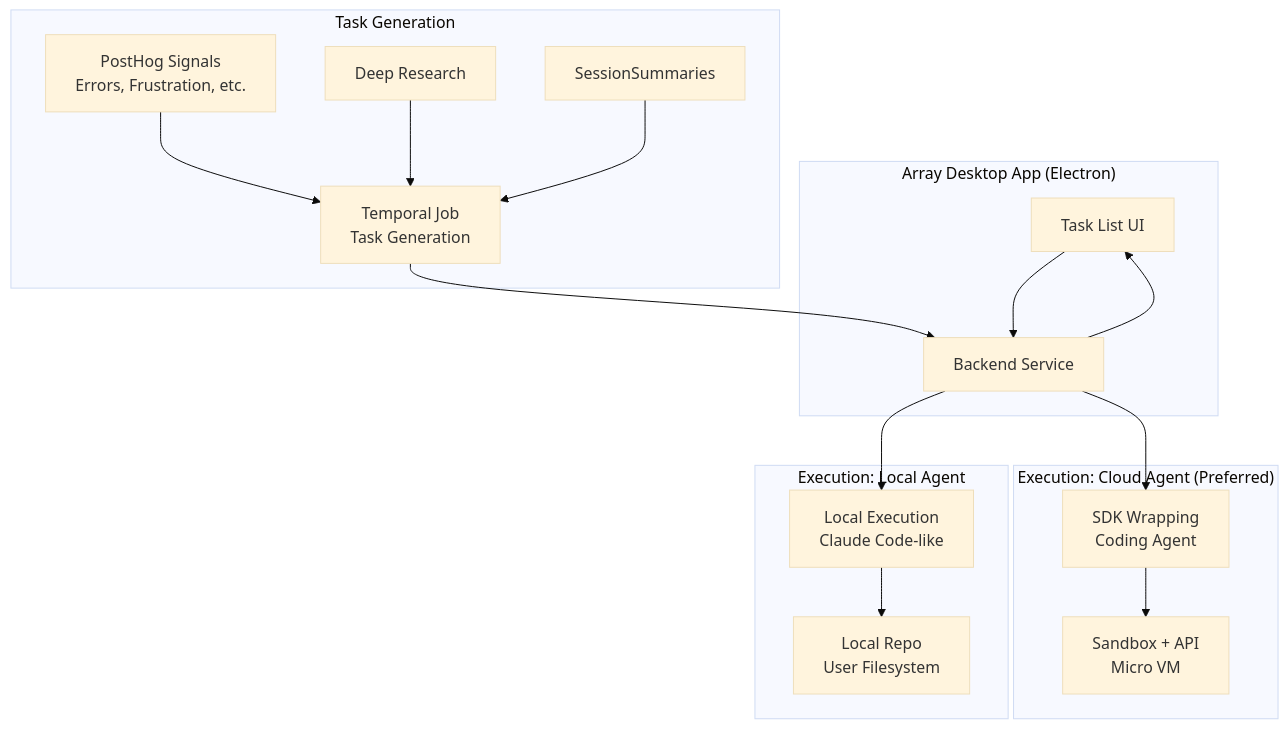
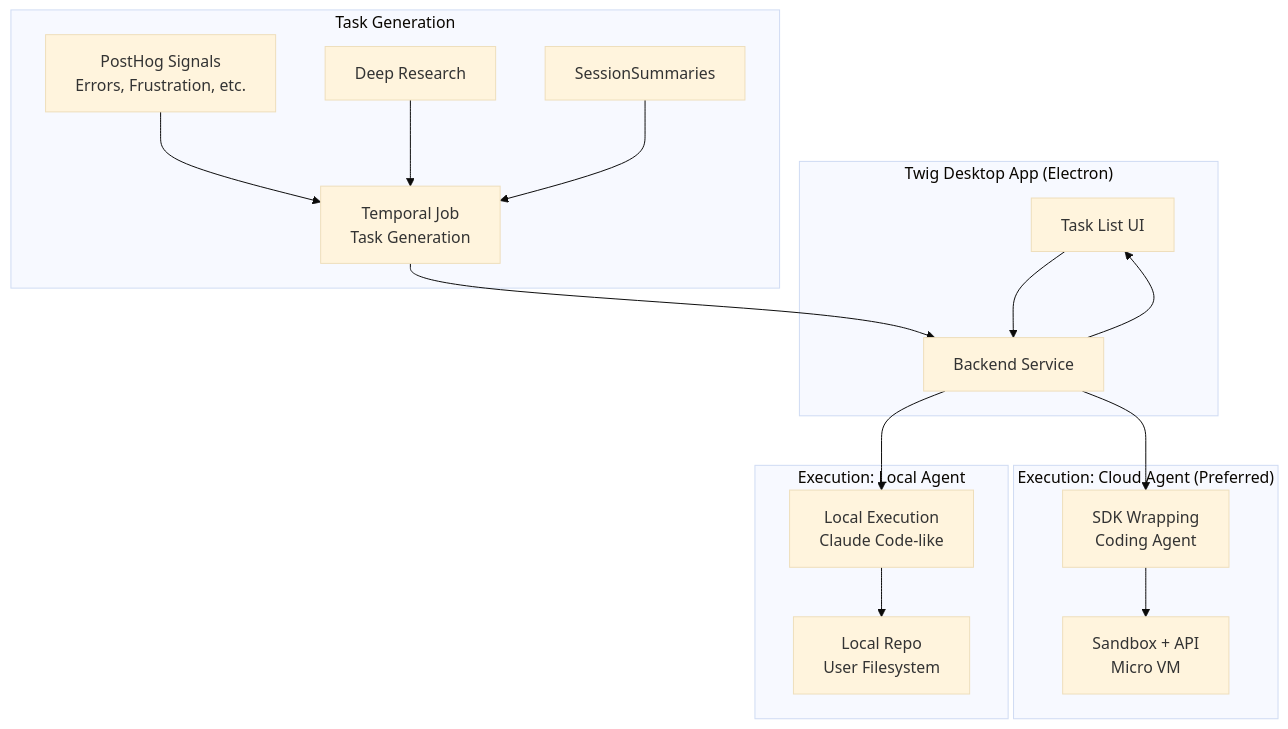
The second of 2 diagrams in contents/handbook/engineering/ai/products.md (PostHog/posthog.com), drawn with Mermaid (base theme) before and after one commit. The commit also changed other lines of this file and 3 other files, not shown here.

Commit message:
Update Array references to Twig

````diff
--- a/contents/handbook/engineering/ai/products.md
+++ b/contents/handbook/engineering/ai/products.md
@@ -285,38 +285,38 @@
 ```mermaid
 graph TB
-    subgraph "Array Desktop App (Electron)"
+    subgraph "Twig Desktop App (Electron)"
         UI[Task List UI]
         Backend[Backend Service]
     end
 
     subgraph "Task Generation"
         Signals[PostHog Signals<br/>Errors, Frustration, etc.]
         DR[Deep Research]
         SS[SessionSummaries]
         TaskGen[Temporal Job<br/>Task Generation]
     end
 
     subgraph "Execution: Cloud Agent (Preferred)"
         CloudSDK[SDK Wrapping<br/>Coding Agent]
         Sandbox[Sandbox + API<br/>Micro VM]
     end
 
     subgraph "Execution: Local Agent"
         LocalRepo[Local Repo<br/>User Filesystem]
         LocalExec[Local Execution<br/>Claude Code-like]
     end
 
     Signals --> TaskGen
     DR --> TaskGen
     SS --> TaskGen
 
     TaskGen --> Backend
     Backend --> UI
 
     UI --> Backend
     Backend --> CloudSDK
     Backend --> LocalExec
 
     CloudSDK --> Sandbox
     LocalExec --> LocalRepo
 ```
````
